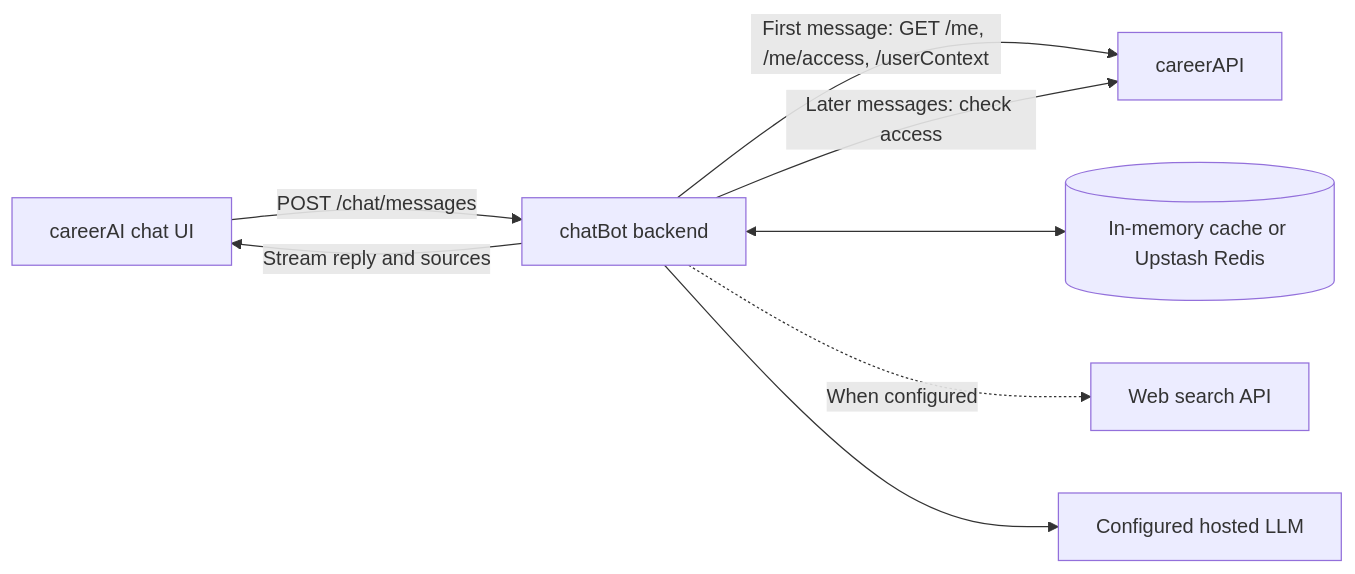
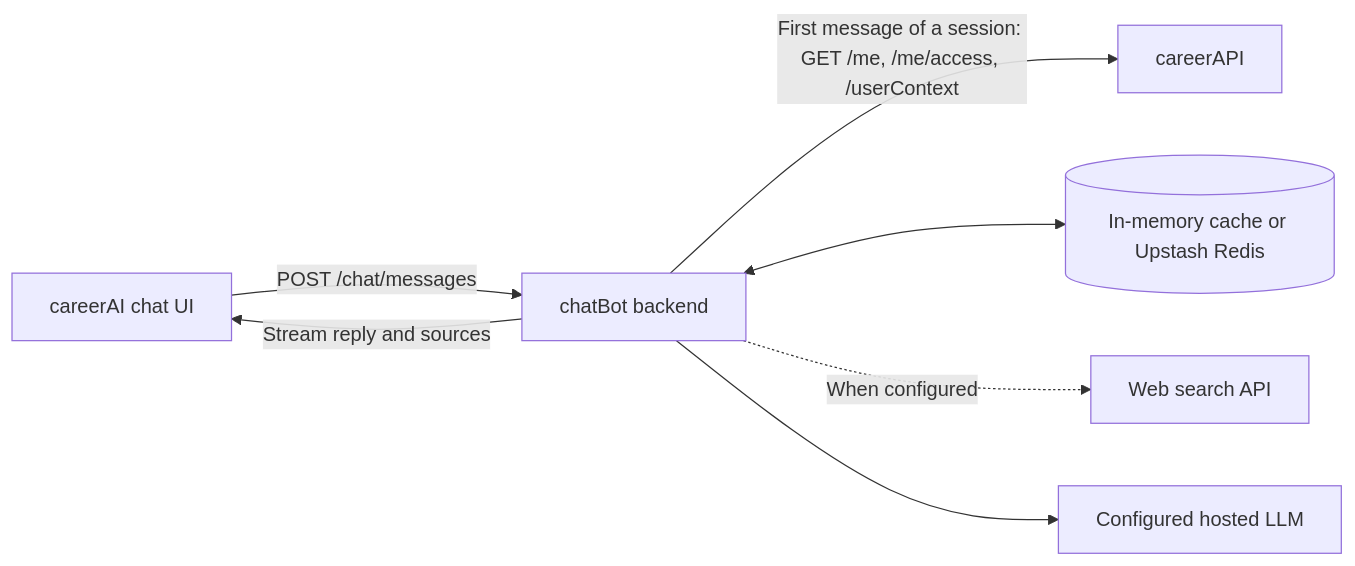
One commit to devesh2511/chatBot changed the diagram in TECHNICAL_DESIGN.md. Above: the diagram before and after it, drawn with Mermaid. The commit also changed other lines of this file and 6 other files, not shown here.

````diff
--- a/TECHNICAL_DESIGN.md
+++ b/TECHNICAL_DESIGN.md
@@ -11,10 +11,9 @@
 ```mermaid
 flowchart LR
     UI[careerAI chat UI] -->|POST /chat/messages| Bot[chatBot backend]
-    Bot -->|First message: GET /me, /me/access, /userContext| API[careerAPI]
-    Bot -->|Later messages: check access| API
+    Bot -->|First message of a session: GET /me, /me/access, /userContext| API[careerAPI]
     Bot <--> Cache[(In-memory cache or Upstash Redis)]
     Bot -.->|When configured| Search[Web search API]
     Bot --> LLM[Configured hosted LLM]
     Bot -->|Stream reply and sources| UI
 ```
````
